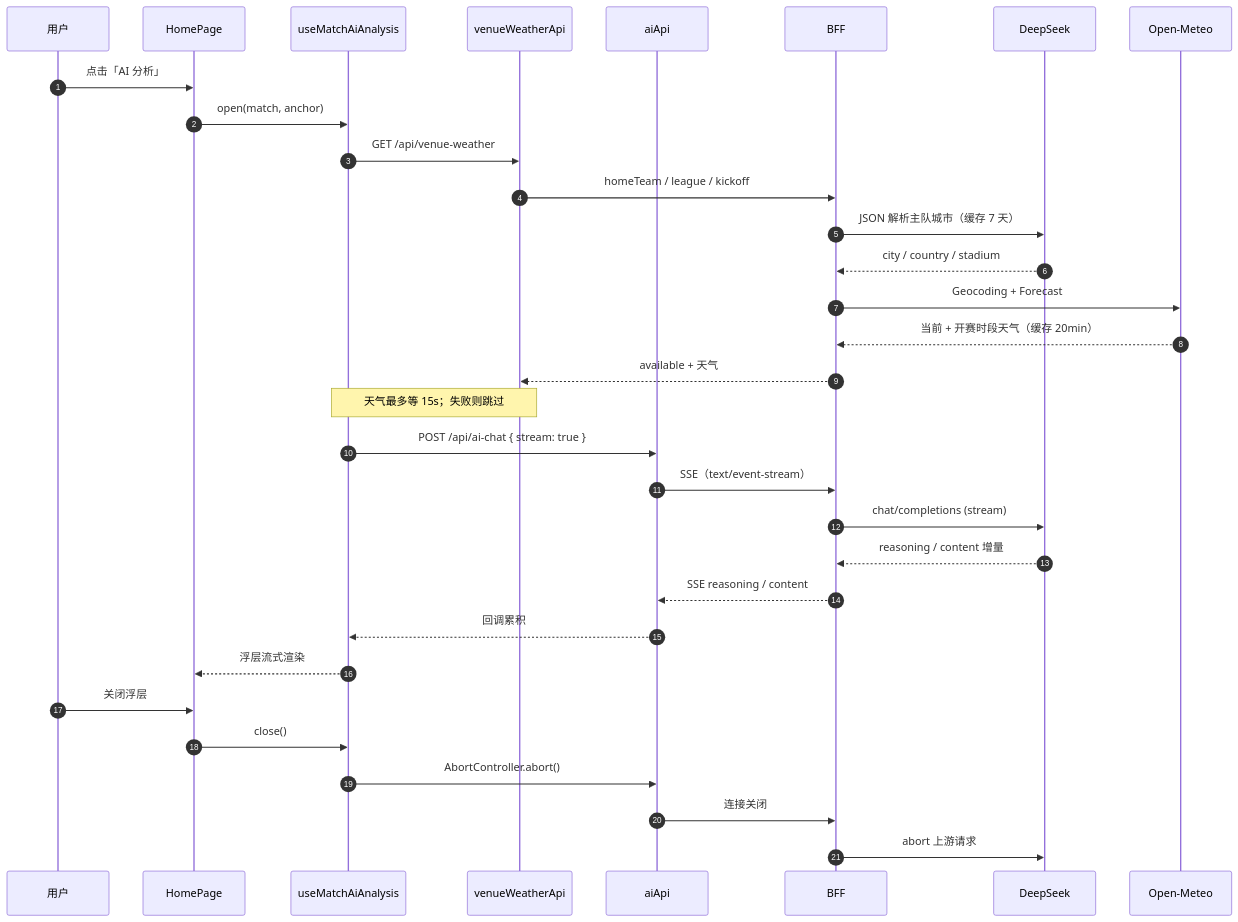
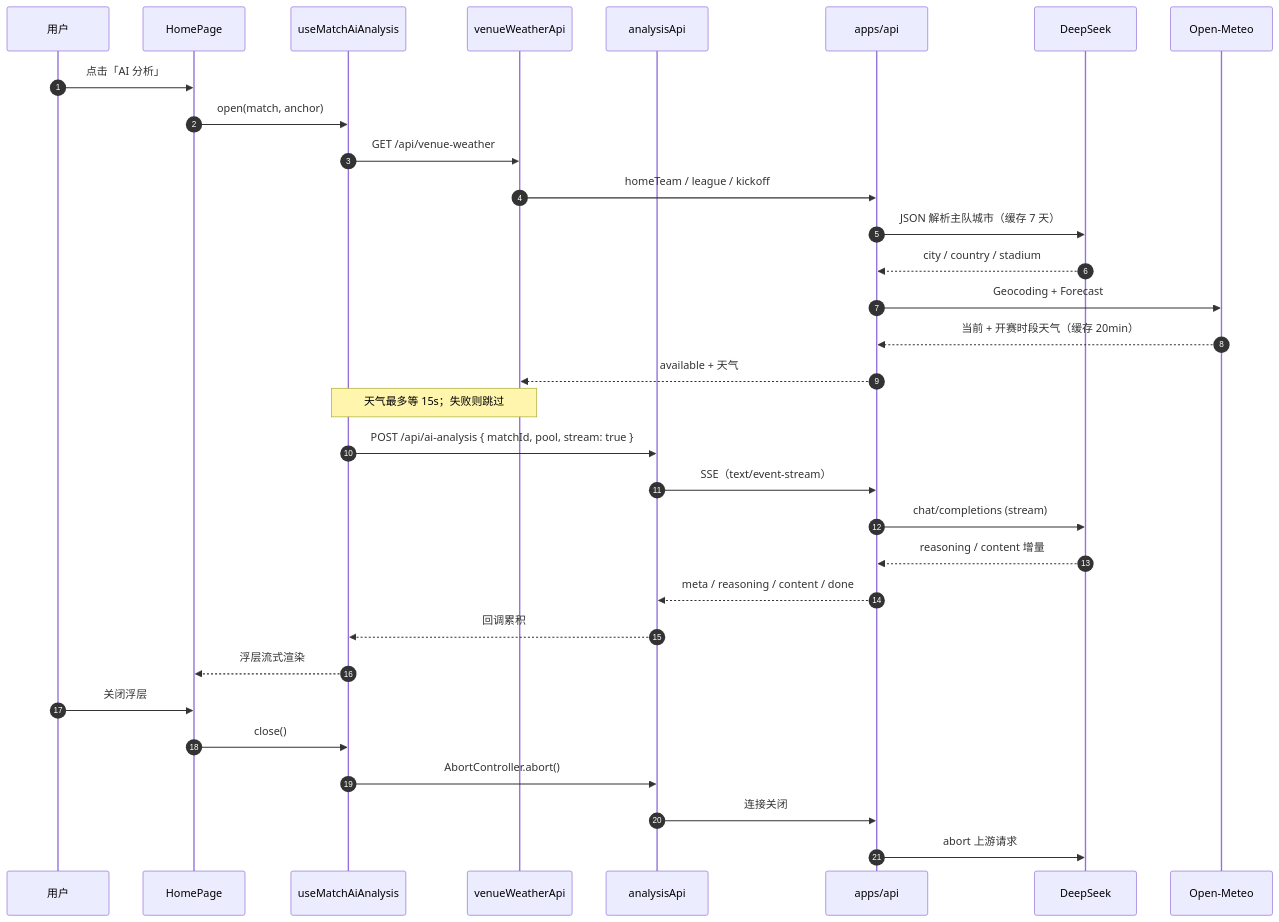
Before and after one commit to yJ2018/ticai: the sixth of 10 diagrams in docs/architecture.md, drawn with Mermaid. The commit also changed other lines of this file and 11 other files, not shown here.

Commit message:
docs: 同步 README、架构图与接口/爬虫/数据库文档到当前实现

````diff
--- a/docs/architecture.md
+++ b/docs/architecture.md
@@ -467,35 +531,35 @@
 ```mermaid
 sequenceDiagram
   autonumber
   participant U as 用户
   participant HP as HomePage
   participant AI as useMatchAiAnalysis
   participant VW as venueWeatherApi
-  participant CH as aiApi
-  participant BFF as BFF
+  participant CH as analysisApi
+  participant API as apps/api
   participant DS as DeepSeek
   participant OM as Open-Meteo
 
   U->>HP: 点击「AI 分析」
   HP->>AI: open(match, anchor)
   AI->>VW: GET /api/venue-weather
-  VW->>BFF: homeTeam / league / kickoff
-  BFF->>DS: JSON 解析主队城市（缓存 7 天）
-  DS-->>BFF: city / country / stadium
-  BFF->>OM: Geocoding + Forecast
-  OM-->>BFF: 当前 + 开赛时段天气（缓存 20min）
-  BFF-->>VW: available + 天气
+  VW->>API: homeTeam / league / kickoff
+  API->>DS: JSON 解析主队城市（缓存 7 天）
+  DS-->>API: city / country / stadium
+  API->>OM: Geocoding + Forecast
+  OM-->>API: 当前 + 开赛时段天气（缓存 20min）
+  API-->>VW: available + 天气
   Note over AI,VW: 天气最多等 15s；失败则跳过
-  AI->>CH: POST /api/ai-chat { stream: true }
-  CH->>BFF: SSE（text/event-stream）
-  BFF->>DS: chat/completions (stream)
-  DS-->>BFF: reasoning / content 增量
-  BFF-->>CH: SSE reasoning / content
+  AI->>CH: POST /api/ai-analysis { matchId, pool, stream: true }
+  CH->>API: SSE（text/event-stream）
+  API->>DS: chat/completions (stream)
+  DS-->>API: reasoning / content 增量
+  API-->>CH: meta / reasoning / content / done
   CH-->>AI: 回调累积
   AI-->>HP: 浮层流式渲染
   U->>HP: 关闭浮层
   HP->>AI: close()
   AI->>CH: AbortController.abort()
-  CH->>BFF: 连接关闭
-  BFF->>DS: abort 上游请求
+  CH->>API: 连接关闭
+  API->>DS: abort 上游请求
 ```
````
